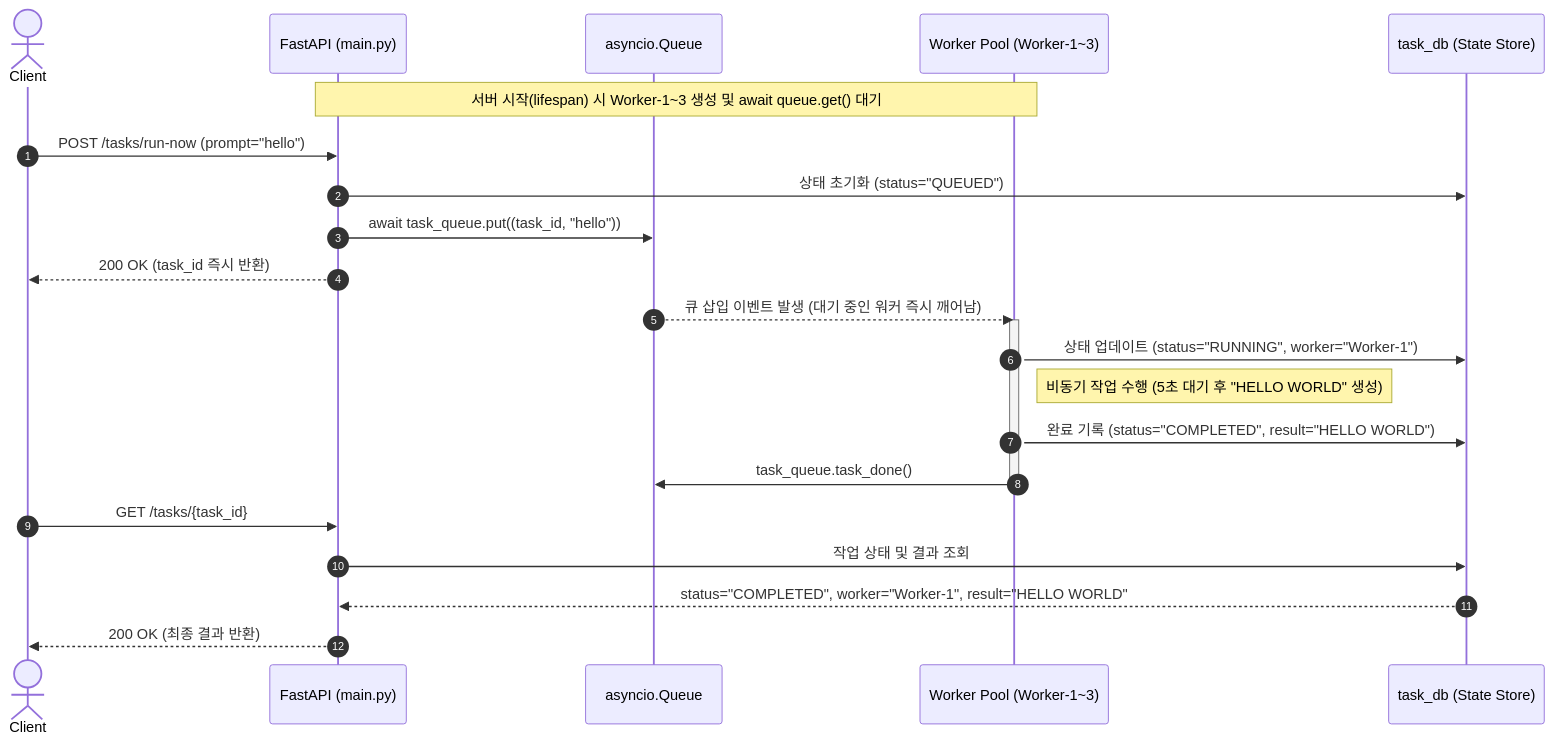
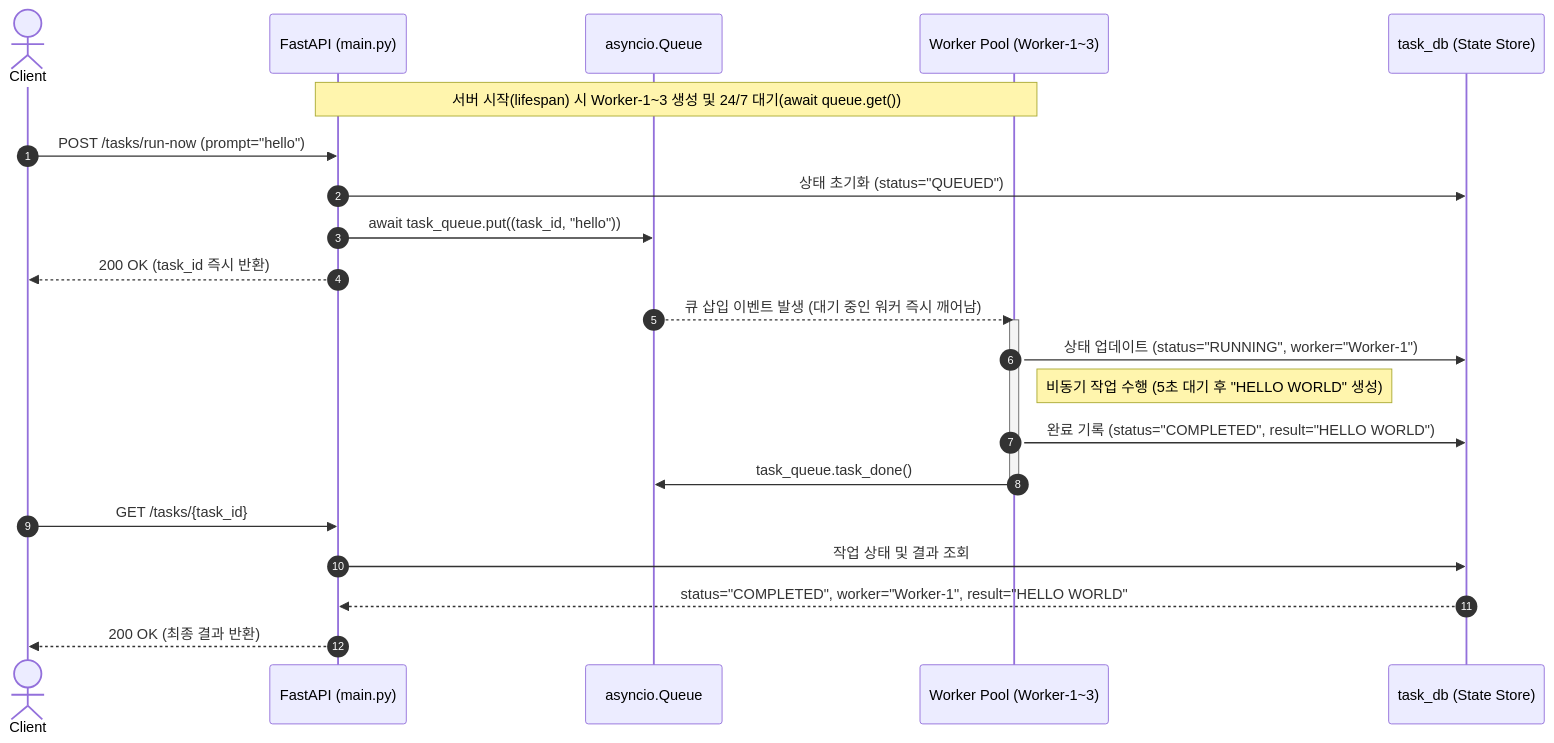
The second of 2 diagrams in ARCHITECTURE.md (fall20style/async-standby-scheduler), drawn with Mermaid before and after one commit. The commit also changed other lines of this file and 3 other files, not shown here.

````diff
--- a/ARCHITECTURE.md
+++ b/ARCHITECTURE.md
@@ -48,29 +50,29 @@
 ```mermaid
 sequenceDiagram
     autonumber
     actor User as Client
     participant API as FastAPI (main.py)
     participant Queue as asyncio.Queue
     participant Worker as Worker Pool (Worker-1~3)
     participant DB as task_db (State Store)
 
-    Note over API, Worker: 서버 시작(lifespan) 시 Worker-1~3 생성 및 await queue.get() 대기
+    Note over API, Worker: 서버 시작(lifespan) 시 Worker-1~3 생성 및 24/7 대기(await queue.get())
 
     User->>API: POST /tasks/run-now (prompt="hello")
     API->>DB: 상태 초기화 (status="QUEUED")
     API->>Queue: await task_queue.put((task_id, "hello"))
     API-->>User: 200 OK (task_id 즉시 반환)
 
     Queue-->>Worker: 큐 삽입 이벤트 발생 (대기 중인 워커 즉시 깨어남)
     activate Worker
     Worker->>DB: 상태 업데이트 (status="RUNNING", worker="Worker-1")
     Note right of Worker: 비동기 작업 수행 (5초 대기 후 "HELLO WORLD" 생성)
     Worker->>DB: 완료 기록 (status="COMPLETED", result="HELLO WORLD")
     Worker->>Queue: task_queue.task_done()
     deactivate Worker
 
     User->>API: GET /tasks/{task_id}
     API->>DB: 작업 상태 및 결과 조회
     DB-->>API: status="COMPLETED", worker="Worker-1", result="HELLO WORLD"
     API-->>User: 200 OK (최종 결과 반환)
 ```
````
